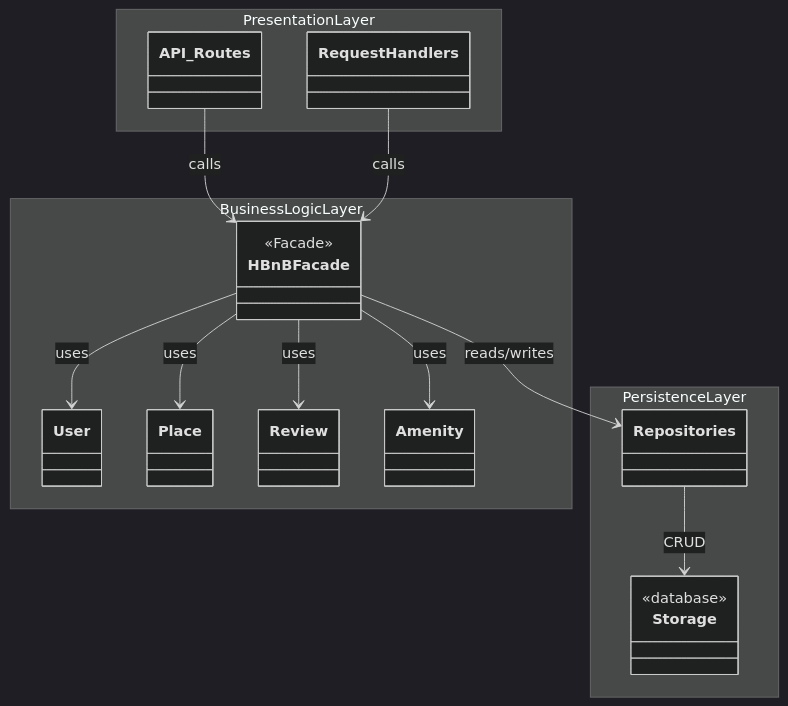
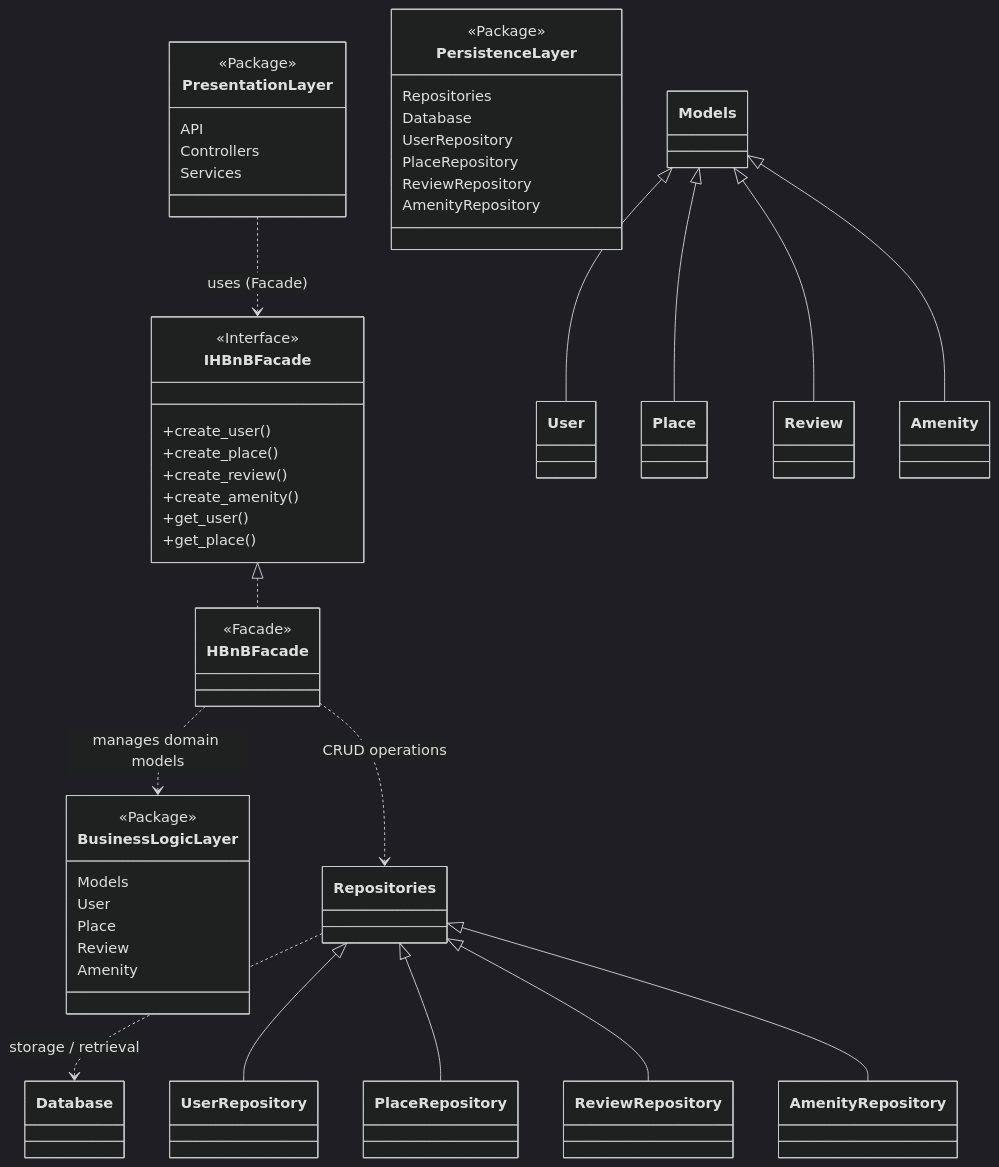
Before and after one commit to Nouf2027/holbertonschool-hbnb: the diagram in part1/README.md, drawn with Mermaid (dark theme). The commit also changed other lines of this file, not shown here.

Commit message:
Task 0: add high-level package diagram

````diff
--- a/part1/README.md
+++ b/part1/README.md
@@ -5,33 +5,73 @@
 ```mermaid
 classDiagram
 direction TB
 
-namespace PresentationLayer {
-  class API_Routes
-  class RequestHandlers
+%% =======================
+%% Presentation Layer
+%% =======================
+class PresentationLayer {
+  <<Package>>
+  API
+  Controllers
+  Services
 }
 
-namespace BusinessLogicLayer {
-  class HBnBFacade <<Facade>>
-  class User
-  class Place
-  class Review
-  class Amenity
+%% =======================
+%% Business Logic Layer
+%% =======================
+class BusinessLogicLayer {
+  <<Package>>
+  Models
+  User
+  Place
+  Review
+  Amenity
 }
 
-namespace PersistenceLayer {
-  class Repositories
-  class Storage <<database>>
+class IHBnBFacade {
+  <<Interface>>
+  +create_user()
+  +create_place()
+  +create_review()
+  +create_amenity()
+  +get_user()
+  +get_place()
 }
 
-API_Routes --> HBnBFacade : calls
-RequestHandlers --> HBnBFacade : calls
+class HBnBFacade {
+  <<Facade>>
+}
 
-HBnBFacade --> User : uses
-HBnBFacade --> Place : uses
-HBnBFacade --> Review : uses
-HBnBFacade --> Amenity : uses
+IHBnBFacade <|.. HBnBFacade
 
-HBnBFacade --> Repositories : reads/writes
-Repositories --> Storage : CRUD
+%% =======================
+%% Persistence Layer
+%% =======================
+class PersistenceLayer {
+  <<Package>>
+  Repositories
+  Database
+  UserRepository
+  PlaceRepository
+  ReviewRepository
+  AmenityRepository
+}
+
+%% =======================
+%% Relationships
+%% =======================
+PresentationLayer ..> IHBnBFacade : uses (Facade)
+HBnBFacade ..> BusinessLogicLayer : manages domain models
+HBnBFacade ..> Repositories : CRUD operations
+Repositories ..> Database : storage / retrieval
+
+Models <|-- User
+Models <|-- Place
+Models <|-- Review
+Models <|-- Amenity
+
+Repositories <|-- UserRepository
+Repositories <|-- PlaceRepository
+Repositories <|-- ReviewRepository
+Repositories <|-- AmenityRepository
 ```
````
